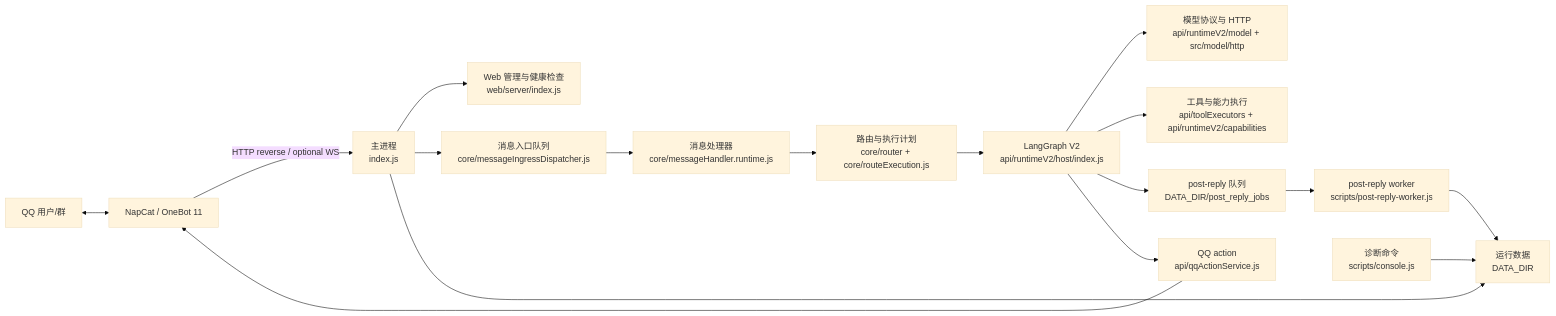
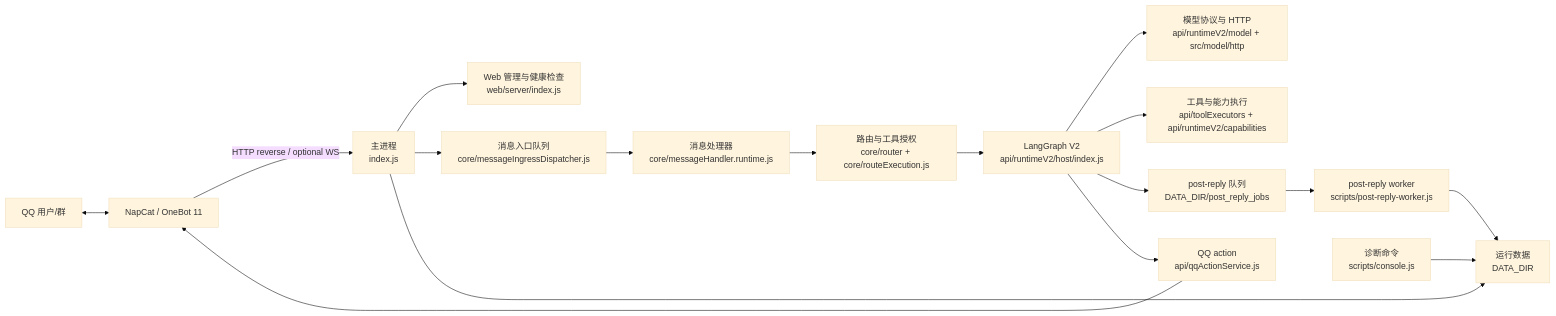
The diagram in docs/development/02-architecture-map.md (Amia0427/mizukibot), drawn with Mermaid (base theme) before and after one commit. The commit also changed other lines of this file and 184 other files, not shown here.

````diff
--- a/docs/development/02-architecture-map.md
+++ b/docs/development/02-architecture-map.md
@@ -11,30 +11,30 @@
 ```mermaid
 flowchart LR
   QQ["QQ 用户/群"]
   NapCat["NapCat / OneBot 11"]
   Main["主进程\nindex.js"]
   Web["Web 管理与健康检查\nweb/server/index.js"]
   Ingress["消息入口队列\ncore/messageIngressDispatcher.js"]
   Handler["消息处理器\ncore/messageHandler.runtime.js"]
-  Route["路由与执行计划\ncore/router + core/routeExecution.js"]
+  Route["路由与工具授权\ncore/router + core/routeExecution.js"]
   Graph["LangGraph V2\napi/runtimeV2/host/index.js"]
   Model["模型协议与 HTTP\napi/runtimeV2/model + src/model/http"]
   Tools["工具与能力执行\napi/toolExecutors + api/runtimeV2/capabilities"]
   Action["QQ action\napi/qqActionService.js"]
   Queue["post-reply 队列\nDATA_DIR/post_reply_jobs"]
   Worker["post-reply worker\nscripts/post-reply-worker.js"]
   Stores["运行数据\nDATA_DIR"]
   Console["诊断命令\nscripts/console.js"]
 
   QQ <--> NapCat
   NapCat -->|HTTP reverse / optional WS| Main
   Main --> Web
   Main --> Ingress --> Handler --> Route --> Graph
   Graph --> Model
   Graph --> Tools
   Graph --> Queue
   Graph --> Action --> NapCat
   Queue --> Worker --> Stores
   Main --> Stores
   Console --> Stores
 ```
````
